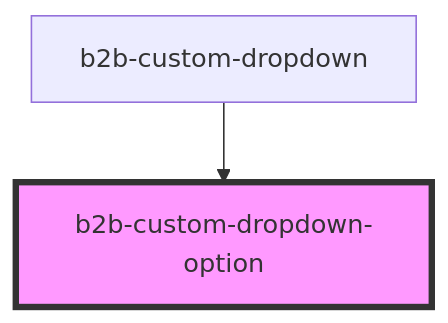
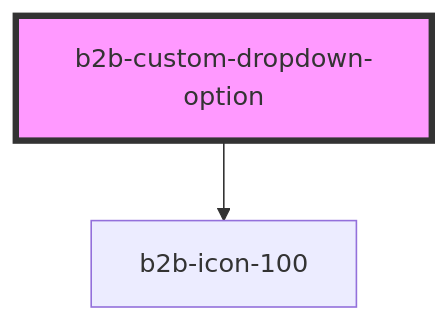
One commit to otto-de/b2b-design-system changed the diagram in packages/core-components/src/components/custom-dropdown/readme.md. Above: the diagram before and after it, drawn with Mermaid. The commit also changed other lines of this file and 6 other files, not shown here.

Commit message:
feat(Custom-dropdown): [NEPTUNE-4831] refactor disability and render the component correctly in form

````diff
--- a/packages/core-components/src/components/custom-dropdown/readme.md
+++ b/packages/core-components/src/components/custom-dropdown/readme.md
@@ -32,5 +32,5 @@
 ```mermaid
 graph TD;
-  b2b-custom-dropdown --> b2b-custom-dropdown-option
+  b2b-custom-dropdown-option --> b2b-icon-100
   style b2b-custom-dropdown-option fill:#f9f,stroke:#333,stroke-width:4px
 ```
````
